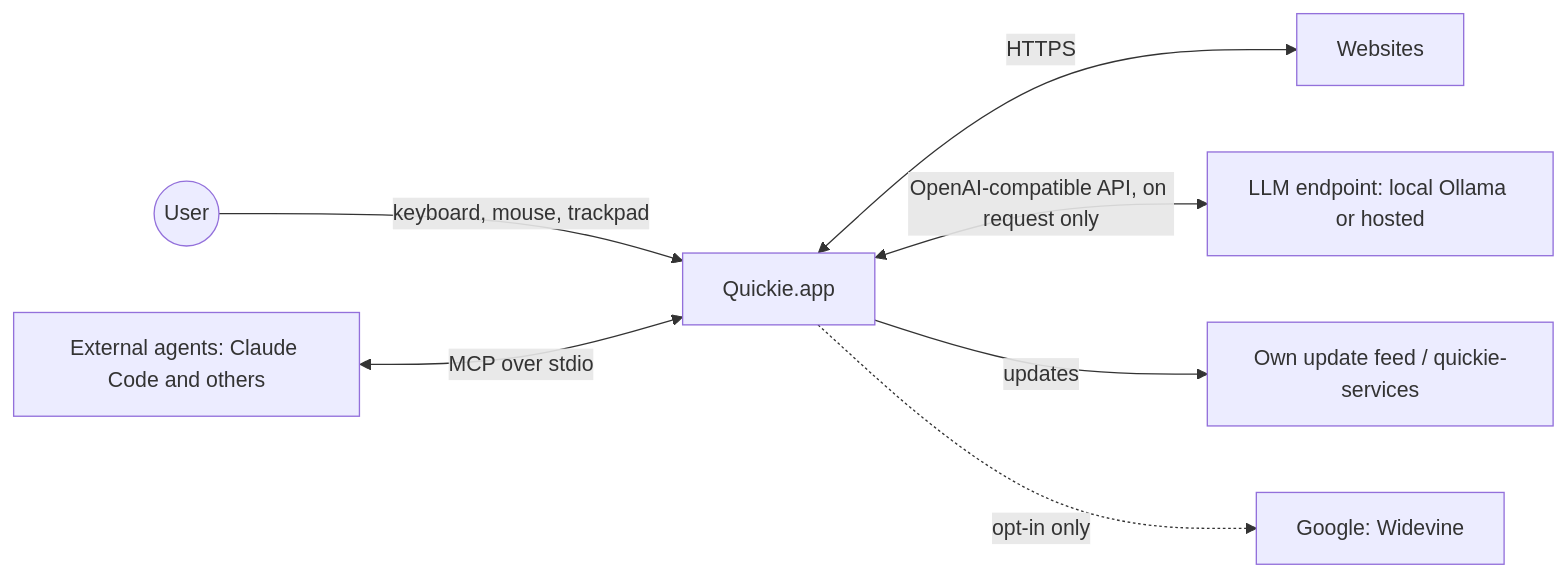
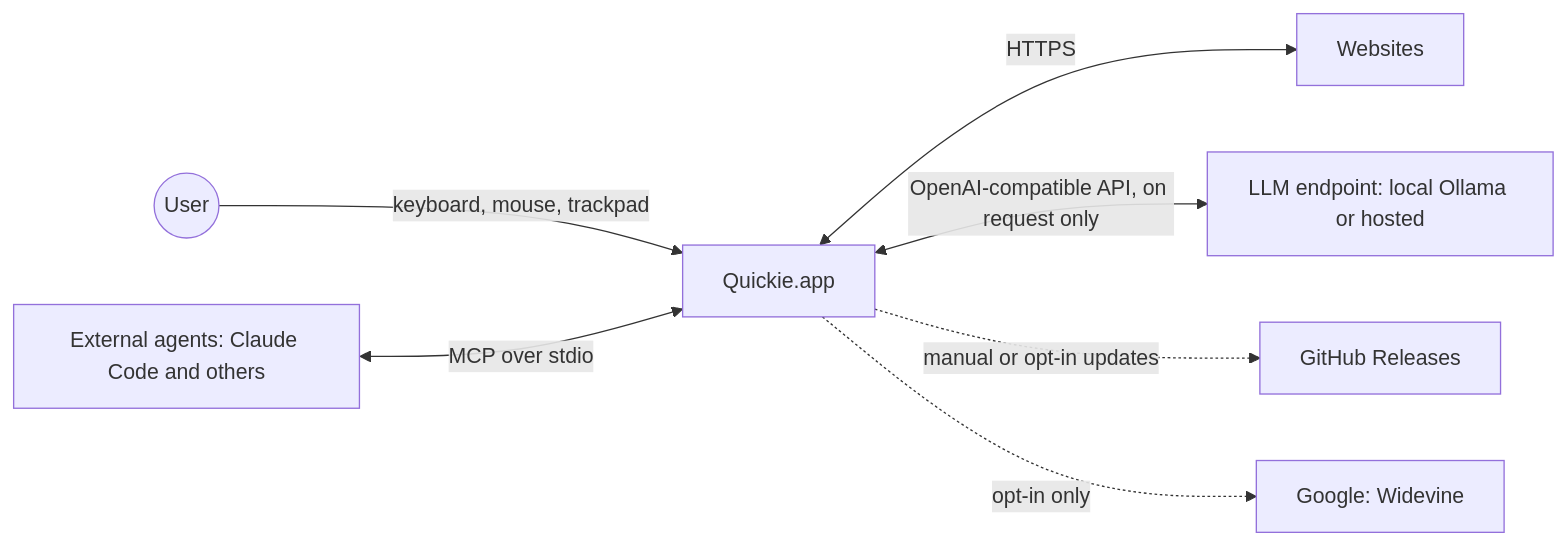
One commit to izevg/quickie changed the first of 2 diagrams in docs/architecture.md. Above: the diagram before and after it, drawn with Mermaid. The commit also changed other lines of this file and 71 other files, not shown here.

First line of the commit message:
feat(updater): install verified GitHub releases (#99)

````diff
--- a/docs/architecture.md
+++ b/docs/architecture.md
@@ -70,9 +70,9 @@
 ```mermaid
 flowchart LR
   U((User)) -->|keyboard, mouse, trackpad| Q[Quickie.app]
   Q <-->|HTTPS| W[Websites]
   Q <-->|OpenAI-compatible API, on request only| L[LLM endpoint: local Ollama or hosted]
   A[External agents: Claude Code and others] <-->|MCP over stdio| Q
-  Q -->|updates| S[Own update feed / quickie-services]
+  Q -.->|manual or opt-in updates| S[GitHub Releases]
   Q -.->|opt-in only| G[Google: Widevine]
 ```
````
